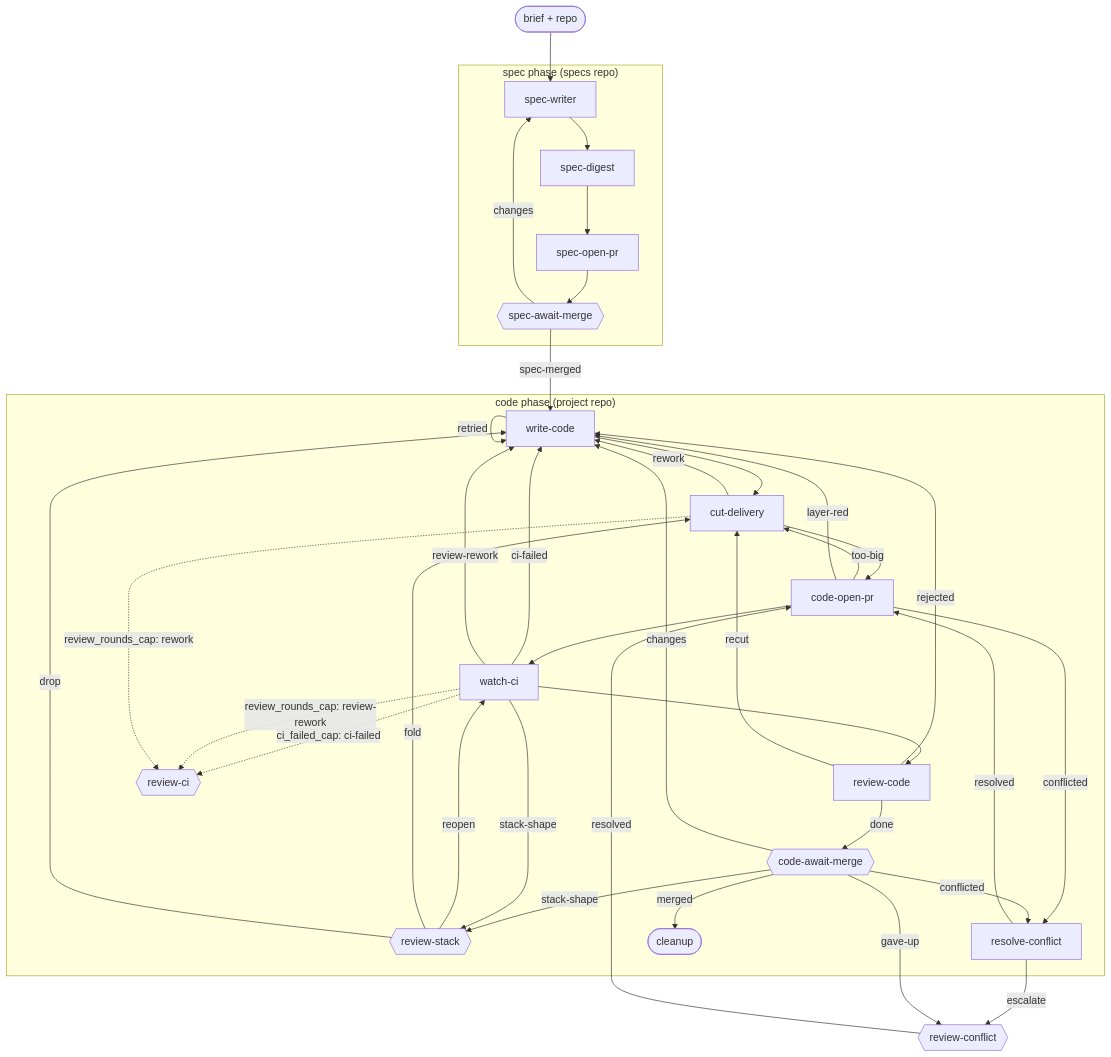
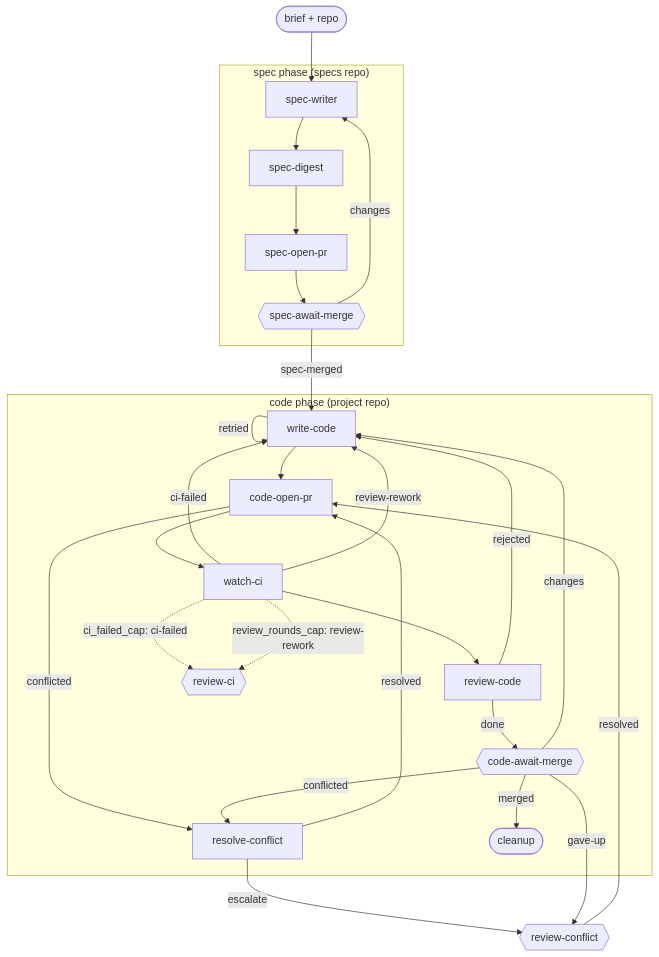
Before and after one commit to kenmclennan/lightcycle-workflows: the diagram in docs/spec-driven.md, drawn with Mermaid. The commit also changed other lines of this file and 34 other files, not shown here.

````diff
--- a/docs/spec-driven.md
+++ b/docs/spec-driven.md
@@ -15,37 +15,27 @@
 ```mermaid
 flowchart TD
     brief(["brief + repo"]) --> SW["spec-writer"]
     subgraph S ["spec phase (specs repo)"]
         SW --> SD["spec-digest"] --> SOP["spec-open-pr"] --> SAM{{"spec-await-merge"}}
         SAM -->|changes| SW
     end
     SAM -->|spec-merged| WC["write-code"]
     subgraph C ["code phase (project repo)"]
-        WC --> CD["cut-delivery"] --> COP["code-open-pr"] --> WCI["watch-ci"] --> RC["review-code"]
+        WC --> COP["code-open-pr"] --> WCI["watch-ci"] --> RC["review-code"]
         WCI -->|ci-failed| WC
         WCI -->|review-rework| WC
         WCI -.->|"ci_failed_cap: ci-failed"| RCI{{"review-ci"}}
         WCI -.->|"review_rounds_cap: review-rework"| RCI
-        CD -->|rework| WC
-        CD -.->|"review_rounds_cap: rework"| RCI
         RC -->|rejected| WC
         RC -->|done| CAM{{"code-await-merge"}}
         CAM -->|changes| WC
         WC -->|retried| WC
-        RC -->|recut| CD
-        CAM -->|stack-shape| RS{{"review-stack"}}
-        WCI -->|stack-shape| RS
-        RS -->|reopen| WCI
-        RS -->|fold| CD
-        RS -->|drop| WC
         COP -->|conflicted| RCF["resolve-conflict"]
-        COP -->|too-big| CD
-        COP -->|layer-red| WC
         CAM -->|conflicted| RCF
         RCF -->|resolved| COP
         CAM -->|merged| CU(["cleanup"])
     end
     RCF -->|escalate| RCON{{"review-conflict"}}
     CAM -->|gave-up| RCON
     RCON -->|resolved| COP
 ```
````
